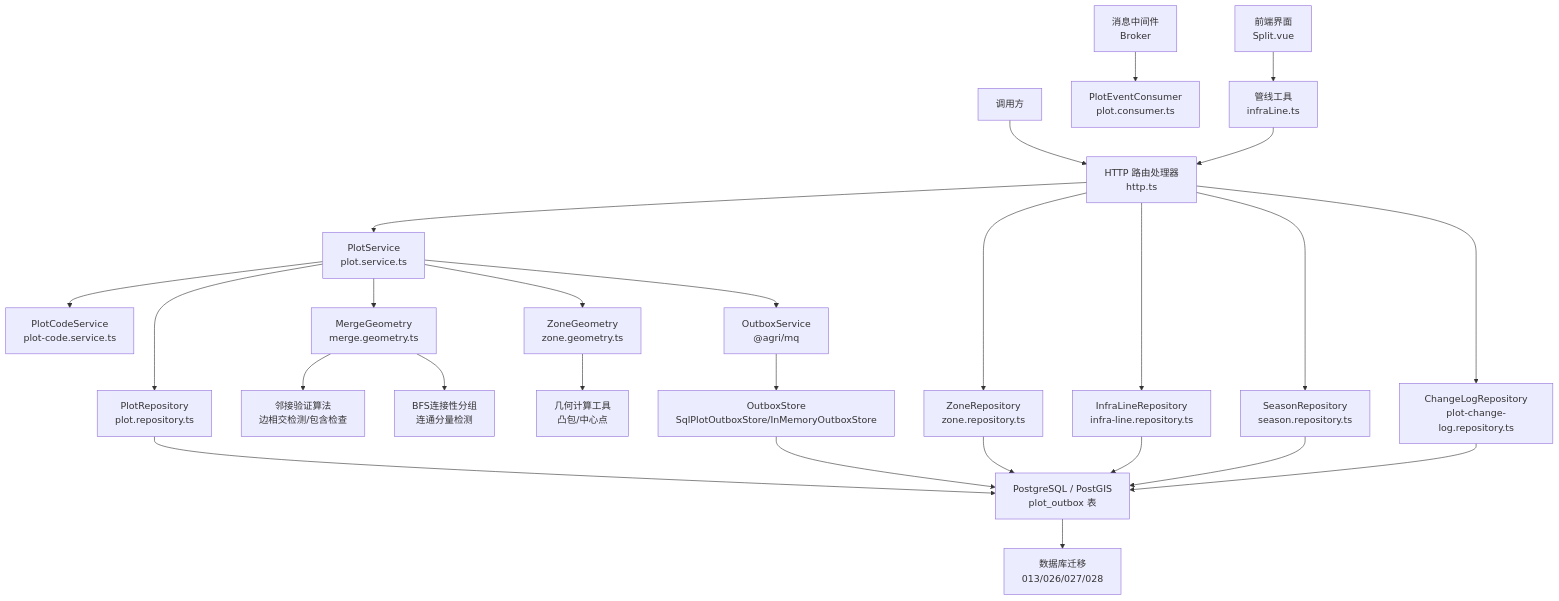
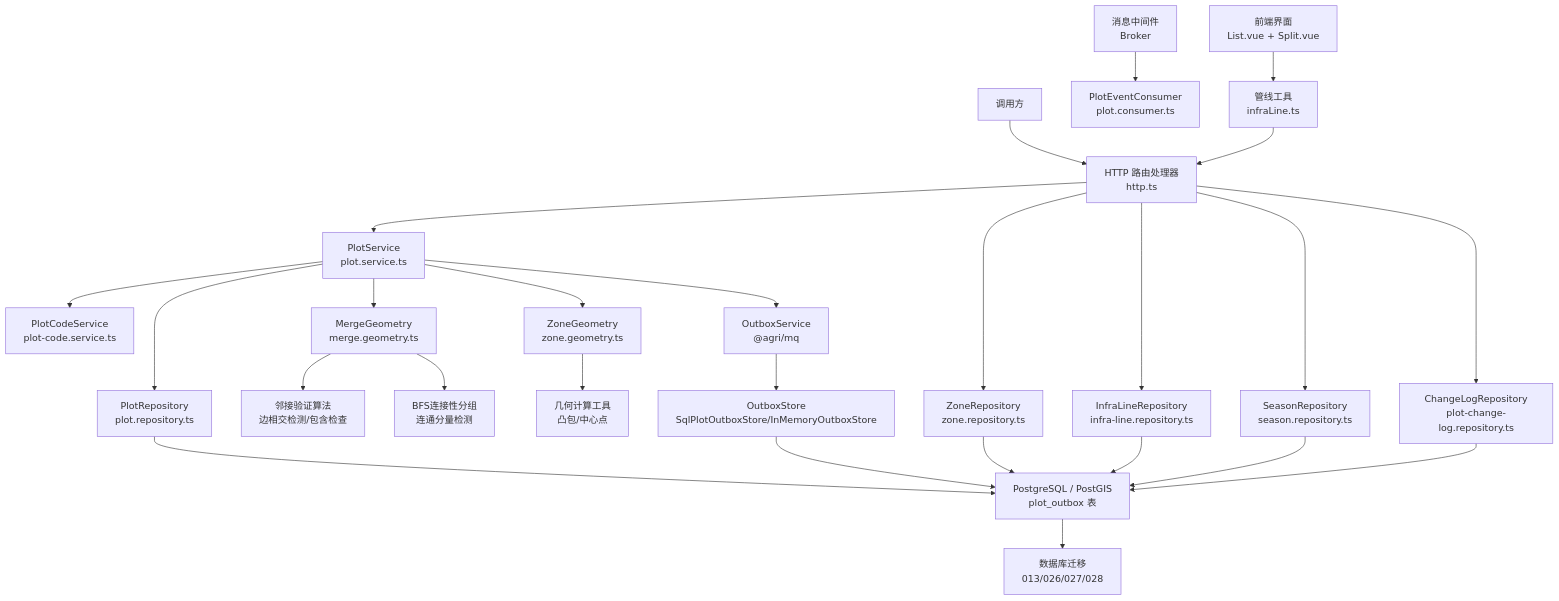
One commit to q446328246/agri-platform changed the first of 16 diagrams in .qoder/repowiki/zh/content/核心服务文档/地块管理服务.md. Above: the diagram before and after it, drawn with Mermaid. The commit also changed other lines of this file and 42 other files, not shown here.

````diff
--- a/.qoder/repowiki/zh/content/核心服务文档/地块管理服务.md
+++ b/.qoder/repowiki/zh/content/核心服务文档/地块管理服务.md
@@ -86,28 +89,28 @@
 ```mermaid
 graph TB
 Client["调用方"] --> HTTP["HTTP 路由处理器<br/>http.ts"]
 HTTP --> Service["PlotService<br/>plot.service.ts"]
 HTTP --> ZoneRepo["ZoneRepository<br/>zone.repository.ts"]
 HTTP --> InfraLineRepo["InfraLineRepository<br/>infra-line.repository.ts"]
 HTTP --> SeasonRepo["SeasonRepository<br/>season.repository.ts"]
 HTTP --> ChangeLogRepo["ChangeLogRepository<br/>plot-change-log.repository.ts"]
 Service --> Code["PlotCodeService<br/>plot-code.service.ts"]
 Service --> Repo["PlotRepository<br/>plot.repository.ts"]
 Service --> MergeGeom["MergeGeometry<br/>merge.geometry.ts"]
 Service --> Geometry["ZoneGeometry<br/>zone.geometry.ts"]
 Service --> Outbox["OutboxService<br/>@agri/mq"]
 MergeGeom --> Adjacency["邻接验证算法<br/>边相交检测/包含检查"]
 MergeGeom --> BFS["BFS连接性分组<br/>连通分量检测"]
 Outbox --> OutboxStore["OutboxStore<br/>SqlPlotOutboxStore/InMemoryOutboxStore"]
 OutboxStore --> DB["PostgreSQL / PostGIS<br/>plot_outbox 表"]
 MQ["消息中间件<br/>Broker"] --> Consumer["PlotEventConsumer<br/>plot.consumer.ts"]
 Repo --> DB
 ZoneRepo --> DB
 InfraLineRepo --> DB
 SeasonRepo --> DB
 ChangeLogRepo --> DB
 Geometry --> Utils["几何计算工具<br/>凸包/中心点"]
 DB --> Migration["数据库迁移<br/>013/026/027/028"]
-Frontend["前端界面<br/>Split.vue"] --> WebUtils["管线工具<br/>infraLine.ts"]
+Frontend["前端界面<br/>List.vue + Split.vue"] --> WebUtils["管线工具<br/>infraLine.ts"]
 WebUtils --> HTTP
 ```
````
